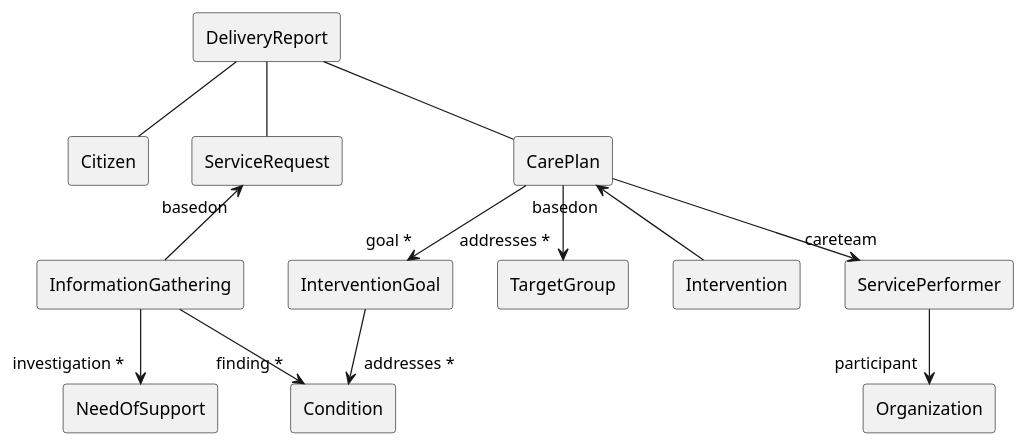
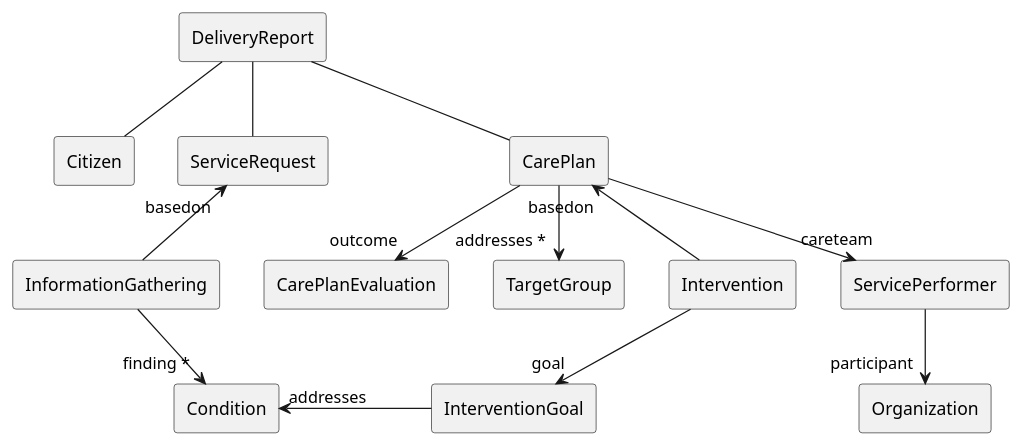
One commit to hl7dk/kl-ffb-reporting changed the diagram in input/images-sources/KLReportingFFBDeliveryReport.plantuml. Above: the diagram before and after it, drawn with PlantUML. The commit also changed 14 other files, not shown here.

```diff
--- a/input/images-sources/KLReportingFFBDeliveryReport.plantuml
+++ b/input/images-sources/KLReportingFFBDeliveryReport.plantuml
@@ -1,34 +1,36 @@
 @startuml DeliveryReport
 
 rectangle "DeliveryReport" as report
 
 rectangle "Citizen" as citizen
 rectangle "ServiceRequest" as request
 rectangle "CarePlan" as careplan
 
 rectangle "InformationGathering" as information
-rectangle "InterventionGoal" as goal
+rectangle "CarePlanEvaluation" as careplanevaluation
 rectangle "TargetGroup" as targetgroup
 rectangle "Intervention" as intervention
 rectangle "ServicePerformer" as team
 
-rectangle "NeedOfSupport" as evaluation
 rectangle "Condition" as condition
+rectangle "InterventionGoal" as goal
 rectangle "Organization" as organization
 
 report -- citizen
 report -- request
 report -- careplan
 
 request "basedon"<-- information
-careplan -->"goal *" goal
+' careplan -->"goal *" goal
+careplan -->"outcome" careplanevaluation
 careplan -->"addresses *" targetgroup
 careplan "basedon"<-- intervention
 careplan -->"careteam" team
 team -->"participant" organization
 
 information -->"finding *" condition
-information -->"investigation *" evaluation
-goal -->"addresses *" condition
+condition "addresses"<- goal
+
+intervention -->"goal" goal
 
 @enduml
```
